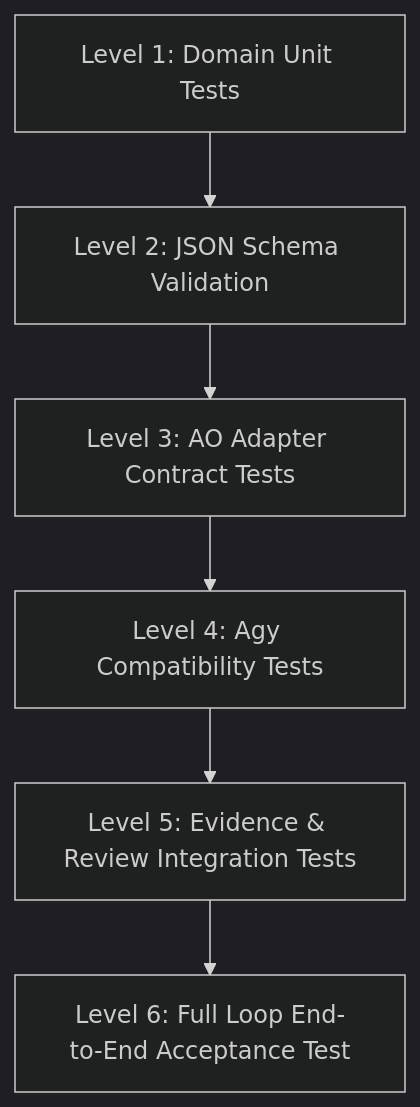
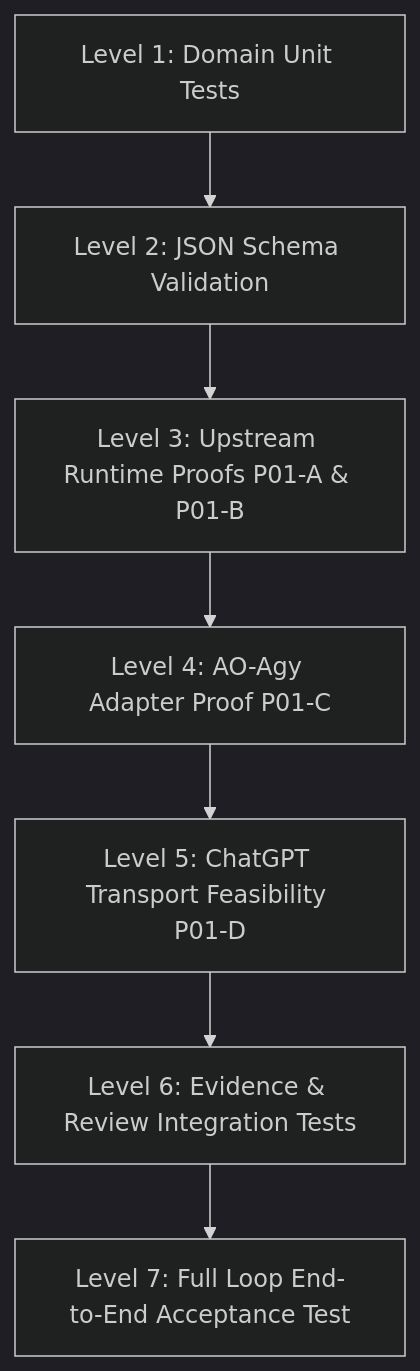
The diagram in docs/16_TEST_STRATEGY.md (trungqwe/ai-supervisor), drawn with Mermaid (dark theme) before and after one commit. The commit also changed other lines of this file and 10 other files, not shown here.

Commit message:
docs: reconcile architecture with verified upstream boundaries

````diff
--- a/docs/16_TEST_STRATEGY.md
+++ b/docs/16_TEST_STRATEGY.md
@@ -10,8 +10,9 @@
 ```mermaid
 flowchart TD
     Unit[Level 1: Domain Unit Tests] --> Schema[Level 2: JSON Schema Validation]
-    Schema --> Contract[Level 3: AO Adapter Contract Tests]
-    Contract --> Compat[Level 4: Agy Compatibility Tests]
-    Compat --> Integration[Level 5: Evidence & Review Integration Tests]
-    Integration --> E2E[Level 6: Full Loop End-to-End Acceptance Test]
+    Schema --> Upstream[Level 3: Upstream Runtime Proofs P01-A & P01-B]
+    Upstream --> Adapter[Level 4: AO-Agy Adapter Proof P01-C]
+    Adapter --> Transport[Level 5: ChatGPT Transport Feasibility P01-D]
+    Transport --> Integration[Level 6: Evidence & Review Integration Tests]
+    Integration --> E2E[Level 7: Full Loop End-to-End Acceptance Test]
 ```
````
